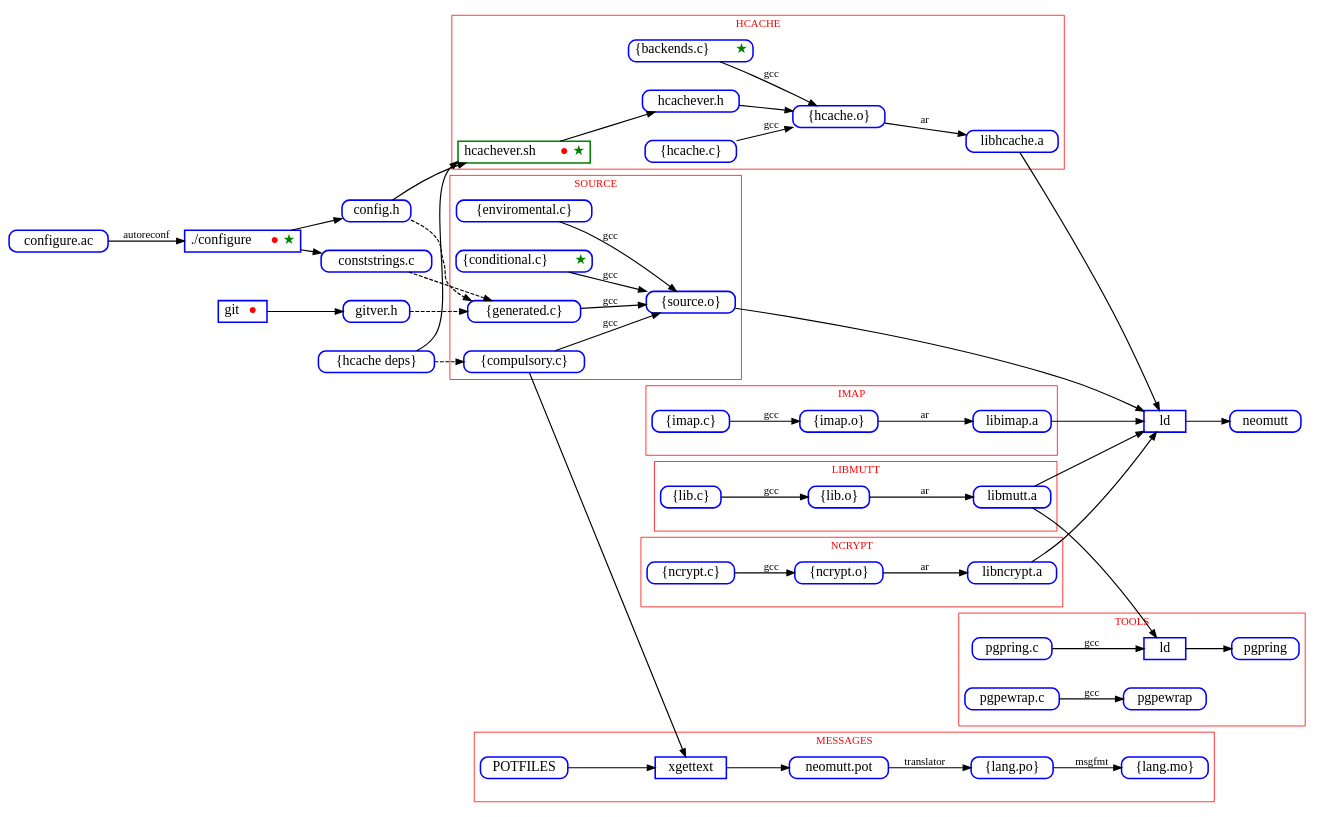
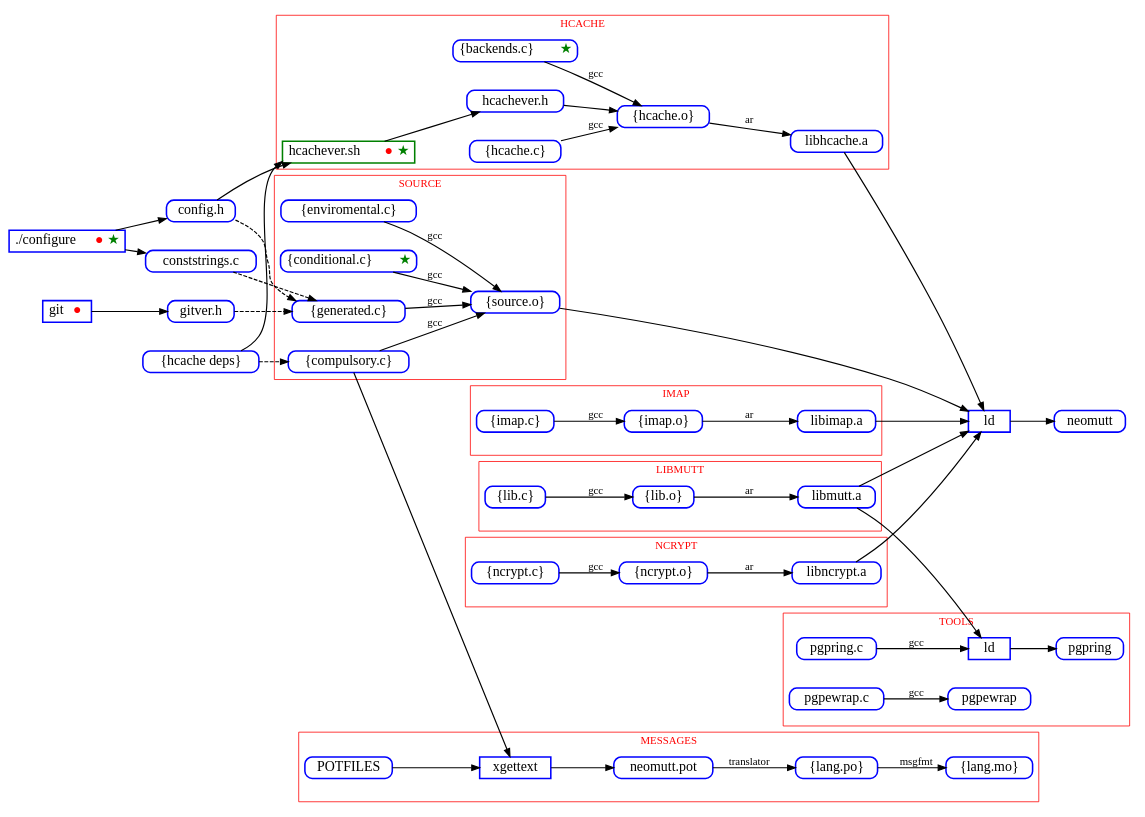
Before and after one commit to neomutt/neomutt.github.io: the diagram in _dev/make-code.gv, drawn with Graphviz. The commit also changed 1 other file, not shown here.

Commit message:
Remove configure.ac from Making NeoMutt diagram
The new configure script uses autosetup and not autotools. Update the
diagram accordingly and remove the configure.ac node.

```diff
--- a/_dev/make-code.gv
+++ b/_dev/make-code.gv
@@ -1,164 +1,161 @@
 digraph build {
 	graph [
 		rankdir="LR"
 		nodesep="0.5"
 		ranksep="0.3"
 	];
 
 	node [
 		shape="Mrecord"
 		style="solid"
 		height="0.2"
 		penwidth="2.0"
 		color="blue"
 		fontcolor="black"
 		fontsize="18"
 	];
 
 	edge [
 		penwidth="1.5"
 		color="#000000"
 		arrowsize="1.0"
 	];
 
 
-	configure_ac     [ label="configure.ac"        ]
 	config_h         [ label="config.h"            ]
 	conststrings_c   [ label="conststrings.c"      ]
 	gitver_h         [ label="gitver.h"            ]
 	mutt_h           [ label="\{hcache deps\}"     ]
 
 	dot_configure [ label=<./configure <font color="red">●</font><font color="green">★</font>> shape="box" ]
 	ld_tool       [ label="ld" shape="box" ]
 	git           [ label=<git <font color="red">●</font>> shape="box" ]
 	ld_mutt       [ label="ld" shape="box" ]
 
 	lots_obj -> ld_mutt
 	ld_mutt -> neomutt
 
 	dot_configure -> config_h
 	config_h -> generated [ style="dashed" ]
 
 	dot_configure -> conststrings_c
 	conststrings_c -> generated [ style="dashed" ]
 
 	git -> gitver_h
 	gitver_h -> generated [ style="dashed" ]
 
 	config_h -> hcachever_sh
 	mutt_h -> hcachever_sh
 	mutt_h -> compulsory [ style="dashed" ]
 
 	subgraph cluster_imap {
 		fontcolor="red"
 		label="IMAP"
 		color="#ff0000"
 
 		lots_imap_c [ label="\{imap.c\}" ]
 		lots_imap_o [ label="\{imap.o\}" ]
 		imap_a      [ label="libimap.a"  ]
 
 		lots_imap_c -> lots_imap_o [ label="gcc" ]
 		lots_imap_o -> imap_a [ label="ar" ]
 	}
 
 	subgraph cluster_ncrypt {
 		fontcolor="red"
 		label="NCRYPT"
 		color="#ff0000"
 
 		lots_ncrypt_c [ label="\{ncrypt.c\}" ]
 		lots_ncrypt_o [ label="\{ncrypt.o\}" ]
 		ncrypt_a      [ label="libncrypt.a"  ]
 
 		lots_ncrypt_c -> lots_ncrypt_o [ label="gcc" ]
 		lots_ncrypt_o -> ncrypt_a [ label="ar" ]
 	}
 
 	subgraph cluster_hcache {
 		fontcolor="red"
 		label="HCACHE"
 		color="#ff0000"
 
 		lots_hcache_c [ label="\{hcache.c\}"                                                                                  ]
 		lots_hcache_o [ label="\{hcache.o\}"                                                                                  ]
 		backends_c    [ label=<\{backends.c\} <font color="green">★</font>>                                                   ]
 		hcachever_h   [ label="hcachever.h"                                                                                   ]
 		hcachever_sh  [ label=<hcachever.sh <font color="red">●</font><font color="green">★</font>> color="green" shape="box" ]
 		hcache_a      [ label="libhcache.a"                                                                                   ]
 
 		hcachever_sh  -> hcachever_h
 		hcachever_h   -> lots_hcache_o
 		backends_c    -> lots_hcache_o [ label="gcc" ]
 		lots_hcache_c -> lots_hcache_o [ label="gcc" ]
 		lots_hcache_o -> hcache_a      [ label="ar"  ]
 	}
 
 	subgraph cluster_source {
 		fontcolor="red"
 		label="SOURCE"
 		color="#ff0000"
 
 		compulsory   [ label="\{compulsory.c\}"                               ]
 		conditional  [ label=<\{conditional.c\} <font color="green">★</font>> ]
 		enviromental [ label="\{enviromental.c\}"                             ]
 		generated    [ label="\{generated.c\}"                                ]
 		lots_obj     [ label="\{source.o\}"                                   ]
 
 		compulsory   -> lots_obj [ label="gcc" ]
 		conditional  -> lots_obj [ label="gcc" ]
 		enviromental -> lots_obj [ label="gcc" ]
 		generated    -> lots_obj [ label="gcc" ]
 	}
 
 	subgraph cluster_messages {
 		fontcolor="red"
 		label="MESSAGES"
 		color="#ff0000"
 
 		lots_mo          [ label="\{lang.mo\}"          ]
 		lots_po          [ label="\{lang.po\}"          ]
 		neomutt_pot      [ label="neomutt.pot"             ]
 		xgettext         [ label="xgettext" shape="box" ]
 
 		POTFILES         -> xgettext
 		compulsory       -> xgettext
 		xgettext         -> neomutt_pot
 		neomutt_pot      -> lots_po [ label="translator" ]
 		lots_po          -> lots_mo [ label="msgfmt" ]
 	}
 
 	subgraph cluster_libmutt {
 		fontcolor="red"
 		label="LIBMUTT"
 		color="#ff0000"
 
 		lots_lib_c [ label="\{lib.c\}" ]
 		lots_lib_o [ label="\{lib.o\}" ]
 		mutt_a     [ label="libmutt.a" ]
 
 		lots_lib_c -> lots_lib_o [ label="gcc" ]
 		lots_lib_o -> mutt_a [ label="ar" ]
 	}
 
 	subgraph cluster_tools {
 		fontcolor="red"
 		label="TOOLS"
 		color="#ff0000"
 
 		pgpewrap_src [ label="pgpewrap.c" ]
 		pgpring_src  [ label="pgpring.c"  ]
 
 		pgpewrap_src -> pgpewrap [ label="gcc" ]
 		mutt_a       -> ld_tool
 		pgpring_src  -> ld_tool [ label="gcc" ]
 		ld_tool      -> pgpring
 	}
 
 	hcache_a -> ld_mutt
 	imap_a -> ld_mutt
 	mutt_a -> ld_mutt
 	ncrypt_a -> ld_mutt
-
-	configure_ac -> dot_configure [ label="autoreconf" ]
 }
```
